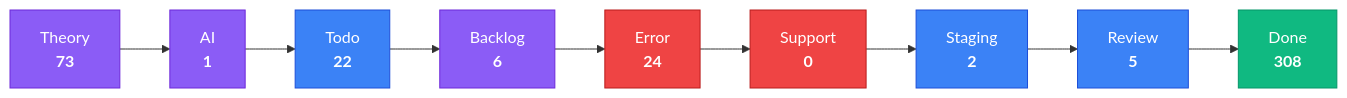
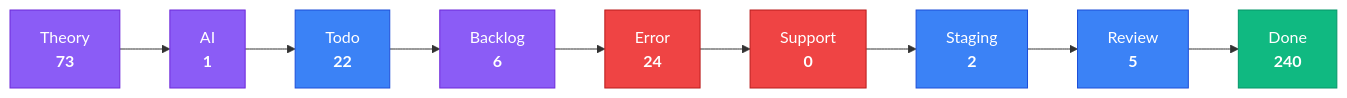
One commit to KBVE/kbve changed the third of 4 diagrams in apps/kbve/astro-kbve/src/content/docs/dashboard/kanban-data.mdx. Above: the diagram before and after it, drawn with Mermaid. The commit also changed other lines of this file and 7 other files, not shown here.

````diff
--- a/apps/kbve/astro-kbve/src/content/docs/dashboard/kanban-data.mdx
+++ b/apps/kbve/astro-kbve/src/content/docs/dashboard/kanban-data.mdx
@@ -80,28 +80,28 @@
 ```mermaid
 flowchart LR
     classDef planning fill:#8b5cf6,stroke:#6d28d9,color:#fff
     classDef active fill:#3b82f6,stroke:#1d4ed8,color:#fff
     classDef blocked fill:#ef4444,stroke:#b91c1c,color:#fff
     classDef done fill:#10b981,stroke:#059669,color:#fff
     Theory["Theory<br/><strong>73</strong>"]
     Theory --> AI
     AI["AI<br/><strong>1</strong>"]
     AI --> Todo
     Todo["Todo<br/><strong>22</strong>"]
     Todo --> Backlog
     Backlog["Backlog<br/><strong>6</strong>"]
     Backlog --> Error
     Error["Error<br/><strong>24</strong>"]
     Error --> Support
     Support["Support<br/><strong>0</strong>"]
     Support --> Staging
     Staging["Staging<br/><strong>2</strong>"]
     Staging --> Review
     Review["Review<br/><strong>5</strong>"]
     Review --> Done
-    Done["Done<br/><strong>308</strong>"]
+    Done["Done<br/><strong>240</strong>"]
     class Theory,AI,Backlog planning
     class Todo,Staging,Review active
     class Error,Support blocked
     class Done done
 ```
````
